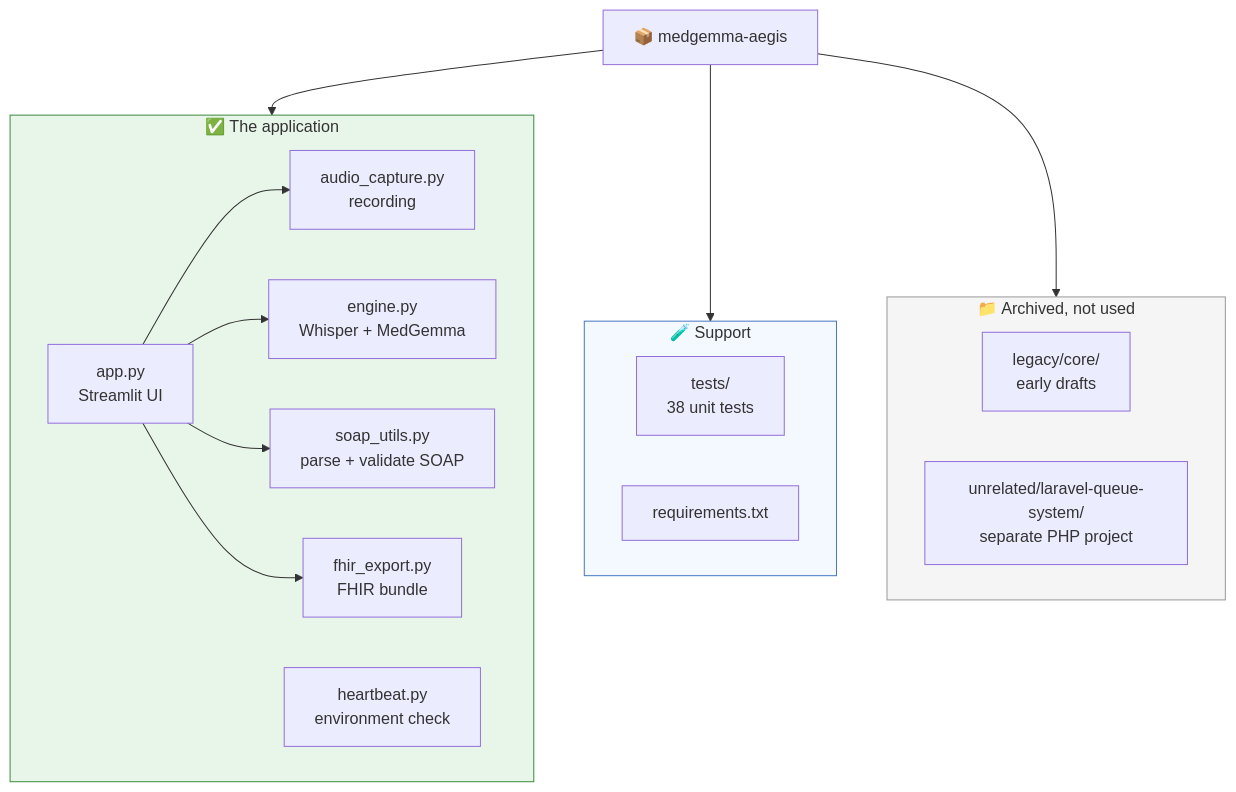
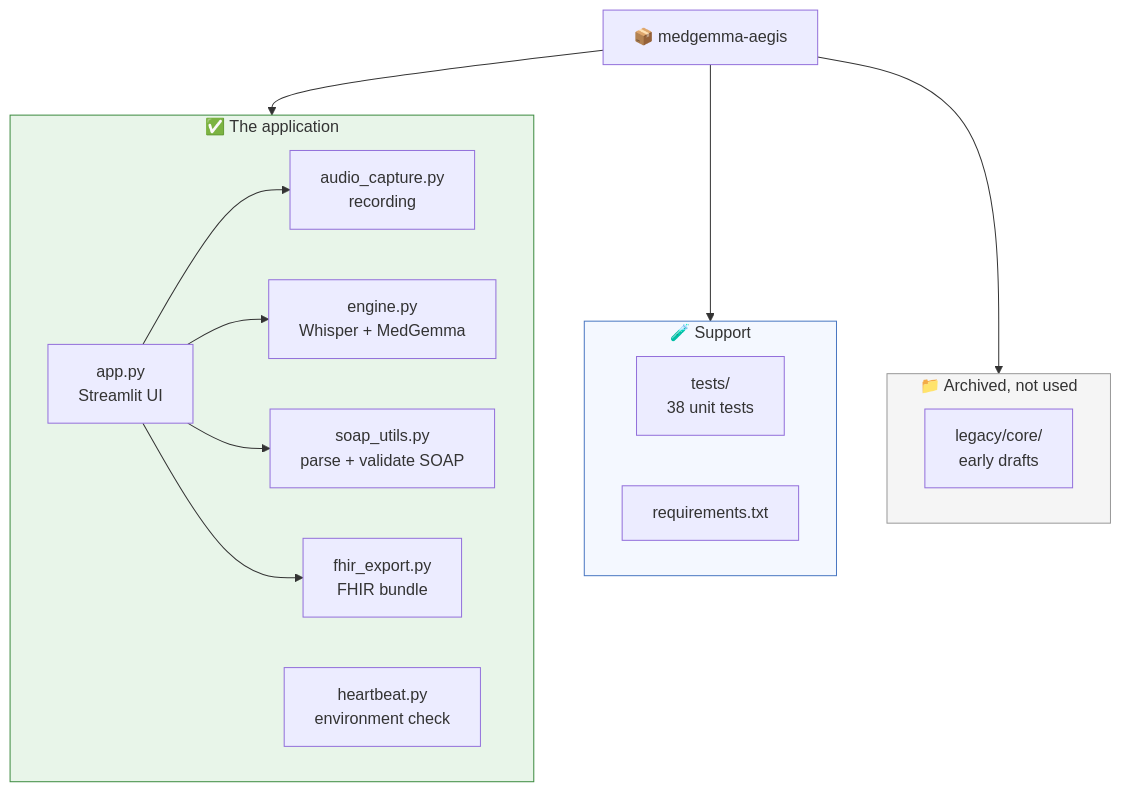
Before and after one commit to JoshuaOmosa/medgemma-aegis: the fifth of 6 diagrams in README.md, drawn with Mermaid. The commit also changed other lines of this file and 14 other files, not shown here.

First line of the commit message:
chore: remove unrelated Laravel files committed by mistake

````diff
--- a/README.md
+++ b/README.md
@@ -174,35 +174,34 @@
 ```mermaid
 flowchart TB
     ROOT["📦 medgemma-aegis"]
 
     subgraph APP["✅ The application"]
         A1["app.py<br/>Streamlit UI"]
         A2["audio_capture.py<br/>recording"]
         A3["engine.py<br/>Whisper + MedGemma"]
         A4["soap_utils.py<br/>parse + validate SOAP"]
         A5["fhir_export.py<br/>FHIR bundle"]
         A6["heartbeat.py<br/>environment check"]
     end
 
     subgraph SUPPORT["🧪 Support"]
         T["tests/<br/>38 unit tests"]
         R["requirements.txt"]
     end
 
     subgraph OLD["📁 Archived, not used"]
         L1["legacy/core/<br/>early drafts"]
-        L2["unrelated/laravel-queue-system/<br/>separate PHP project"]
     end
 
     ROOT --> APP
     ROOT --> SUPPORT
     ROOT --> OLD
     A1 --> A2
     A1 --> A3
     A1 --> A4
     A1 --> A5
 
     style APP fill:#e8f5e9,stroke:#3d8b40
     style SUPPORT fill:#f4f8ff,stroke:#4a78c2
     style OLD fill:#f5f5f5,stroke:#999
 ```
````
